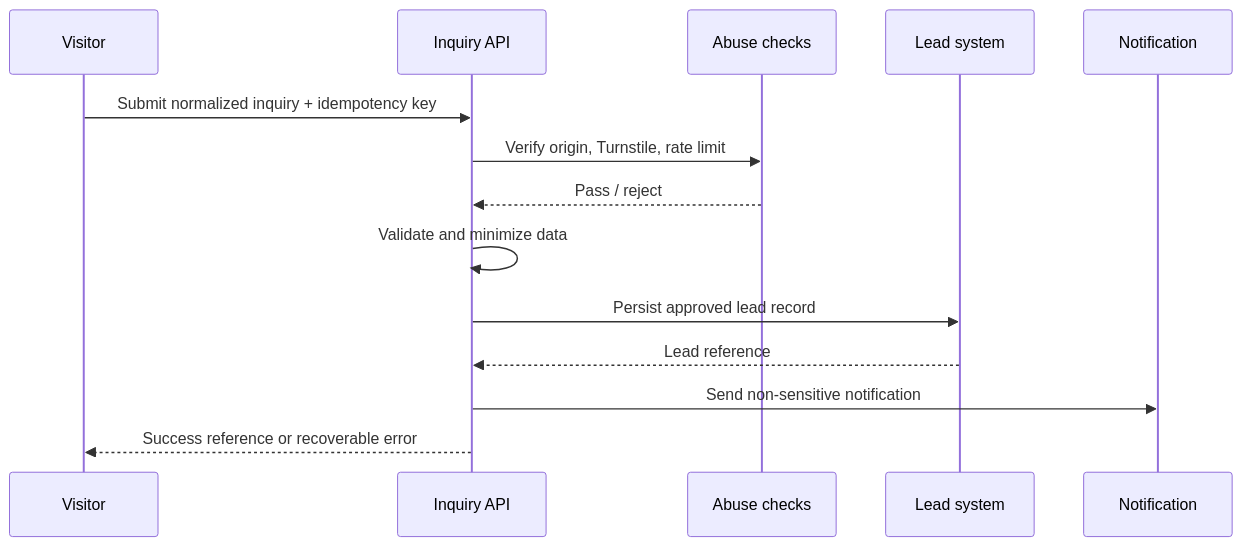
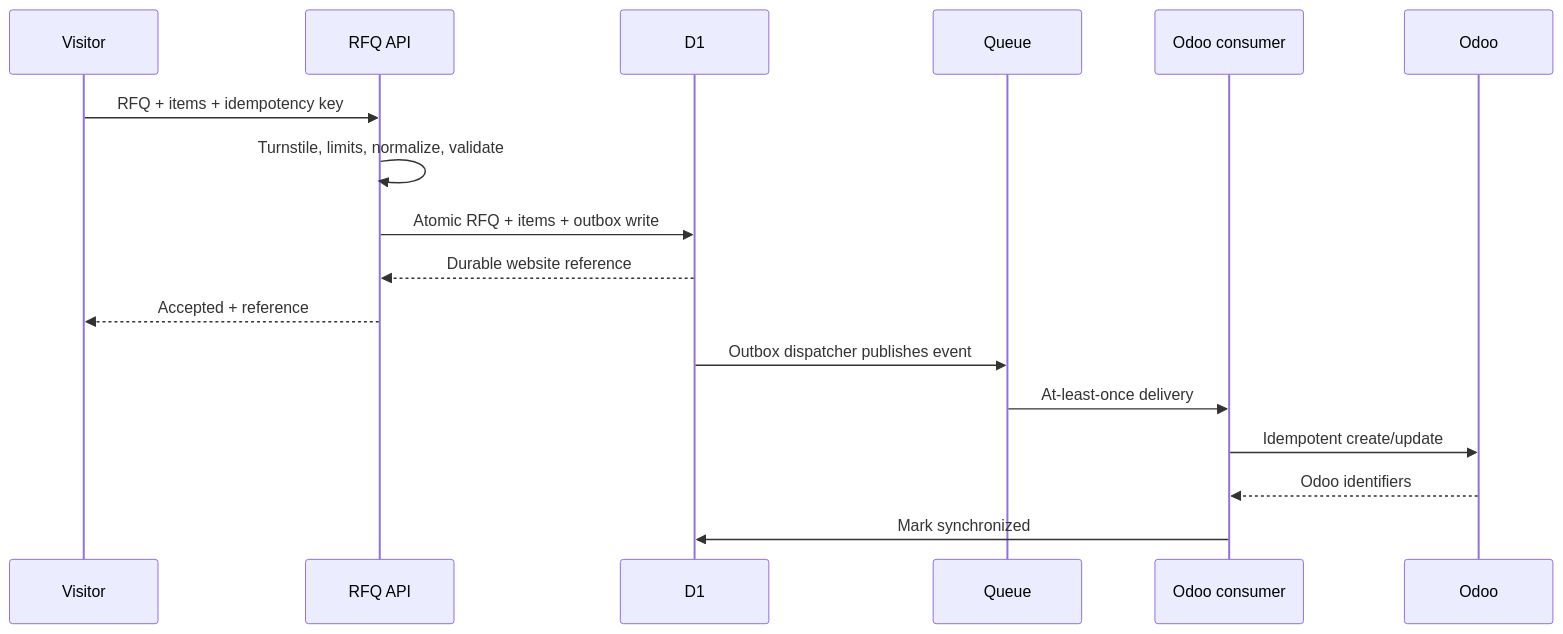
Before and after one commit to rezachidotnet/ahanassa-website: the fourth of 5 diagrams in 01-sources/TECHNICAL_ARCHITECTURE.md, drawn with Mermaid. The commit also changed other lines of this file and 38 other files, not shown here.

````diff
--- a/01-sources/TECHNICAL_ARCHITECTURE.md
+++ b/01-sources/TECHNICAL_ARCHITECTURE.md
@@ -265,16 +353,19 @@
 ```mermaid
 sequenceDiagram
     participant V as Visitor
-    participant A as Inquiry API
-    participant B as Abuse checks
-    participant L as Lead system
-    participant N as Notification
-    V->>A: Submit normalized inquiry + idempotency key
-    A->>B: Verify origin, Turnstile, rate limit
-    B-->>A: Pass / reject
-    A->>A: Validate and minimize data
-    A->>L: Persist approved lead record
-    L-->>A: Lead reference
-    A->>N: Send non-sensitive notification
-    A-->>V: Success reference or recoverable error
+    participant A as RFQ API
+    participant D as D1
+    participant Q as Queue
+    participant I as Odoo consumer
+    participant O as Odoo
+    V->>A: RFQ + items + idempotency key
+    A->>A: Turnstile, limits, normalize, validate
+    A->>D: Atomic RFQ + items + outbox write
+    D-->>A: Durable website reference
+    A-->>V: Accepted + reference
+    D->>Q: Outbox dispatcher publishes event
+    Q->>I: At-least-once delivery
+    I->>O: Idempotent create/update
+    O-->>I: Odoo identifiers
+    I->>D: Mark synchronized
 ```
````
